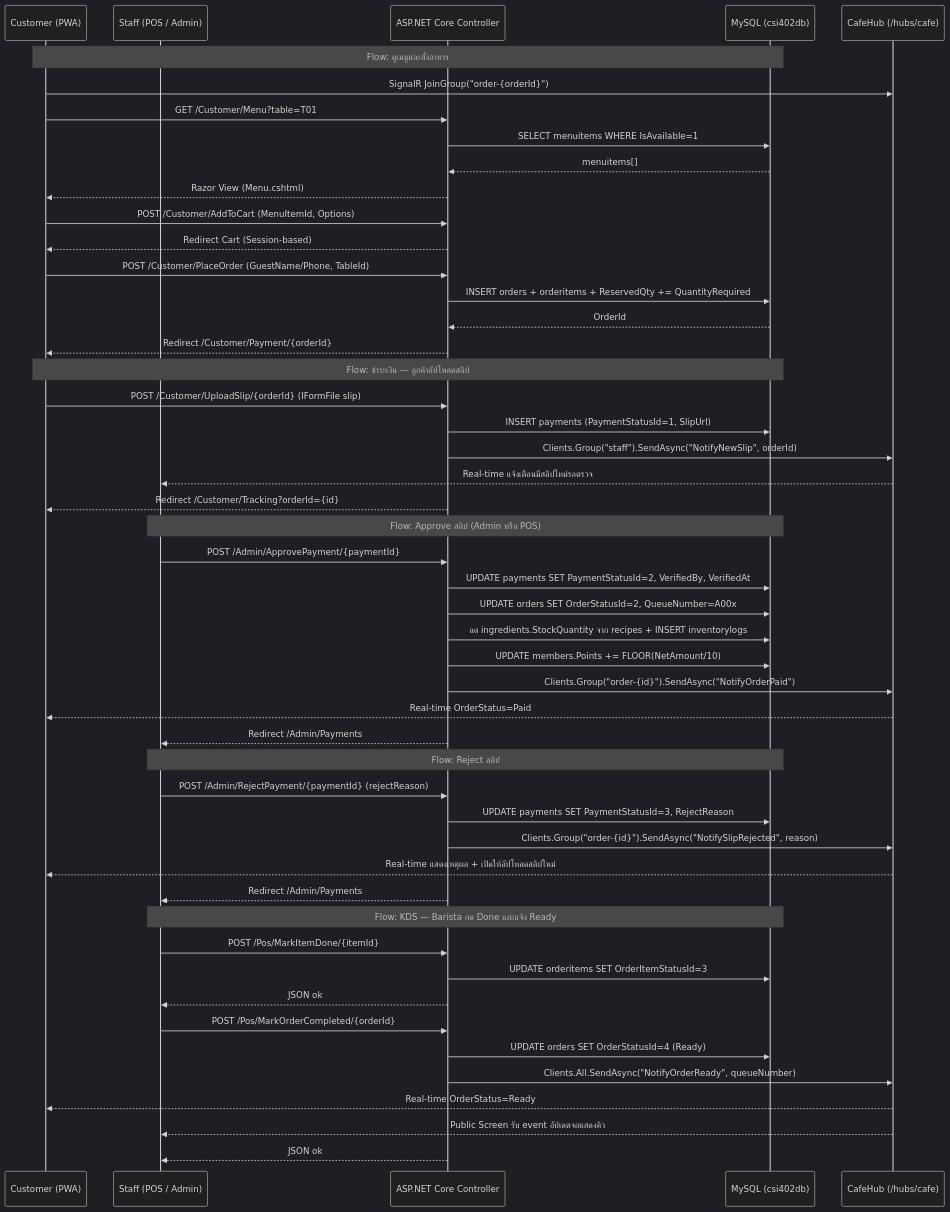
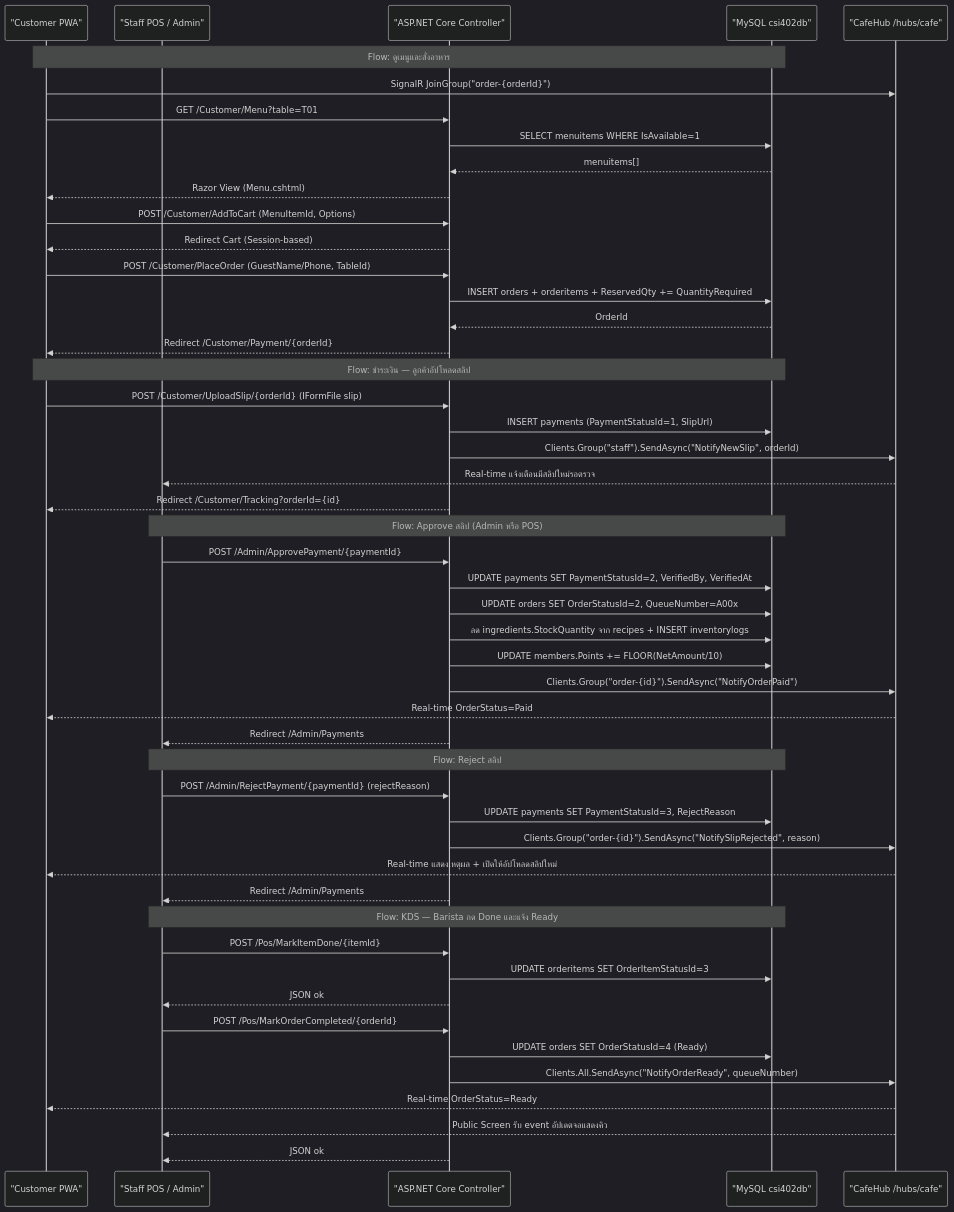
The fifth of 8 diagrams in README.md (InkSpuDek66/smart-cafe-management), drawn with Mermaid (dark theme) before and after one commit. The commit also changed other lines of this file, not shown here.

First line of the commit message:
Fix Mermaid diagram syntax and correct demo login credentials

````diff
--- a/README.md
+++ b/README.md
@@ -1147,59 +1151,59 @@
 ```mermaid
 sequenceDiagram
-    participant C as Customer (PWA)
-    participant POS as Staff (POS / Admin)
-    participant CTRL as ASP.NET Core Controller
-    participant DB as MySQL (csi402db)
-    participant HUB as CafeHub (/hubs/cafe)
+    participant C as "Customer PWA"
+    participant POS as "Staff POS / Admin"
+    participant CTRL as "ASP.NET Core Controller"
+    participant DB as "MySQL csi402db"
+    participant HUB as "CafeHub /hubs/cafe"
 
     Note over C,DB: Flow: ดูเมนูและสั่งอาหาร
     C->>HUB: SignalR JoinGroup("order-{orderId}")
     C->>CTRL: GET /Customer/Menu?table=T01
     CTRL->>DB: SELECT menuitems WHERE IsAvailable=1
     DB-->>CTRL: menuitems[]
     CTRL-->>C: Razor View (Menu.cshtml)
 
     C->>CTRL: POST /Customer/AddToCart (MenuItemId, Options)
     CTRL-->>C: Redirect Cart (Session-based)
 
     C->>CTRL: POST /Customer/PlaceOrder (GuestName/Phone, TableId)
     CTRL->>DB: INSERT orders + orderitems + ReservedQty += QuantityRequired
     DB-->>CTRL: OrderId
     CTRL-->>C: Redirect /Customer/Payment/{orderId}
 
     Note over C,DB: Flow: ชำระเงิน — ลูกค้าอัปโหลดสลิป
     C->>CTRL: POST /Customer/UploadSlip/{orderId} (IFormFile slip)
     CTRL->>DB: INSERT payments (PaymentStatusId=1, SlipUrl)
     CTRL->>HUB: Clients.Group("staff").SendAsync("NotifyNewSlip", orderId)
     HUB-->>POS: Real-time แจ้งเตือนมีสลิปใหม่รอตรวจ
     CTRL-->>C: Redirect /Customer/Tracking?orderId={id}
 
     Note over POS,DB: Flow: Approve สลิป (Admin หรือ POS)
     POS->>CTRL: POST /Admin/ApprovePayment/{paymentId}
     CTRL->>DB: UPDATE payments SET PaymentStatusId=2, VerifiedBy, VerifiedAt
     CTRL->>DB: UPDATE orders SET OrderStatusId=2, QueueNumber=A00x
     CTRL->>DB: ลด ingredients.StockQuantity จาก recipes + INSERT inventorylogs
     CTRL->>DB: UPDATE members.Points += FLOOR(NetAmount/10)
     CTRL->>HUB: Clients.Group("order-{id}").SendAsync("NotifyOrderPaid")
     HUB-->>C: Real-time OrderStatus=Paid
     CTRL-->>POS: Redirect /Admin/Payments
 
     Note over POS,DB: Flow: Reject สลิป
     POS->>CTRL: POST /Admin/RejectPayment/{paymentId} (rejectReason)
     CTRL->>DB: UPDATE payments SET PaymentStatusId=3, RejectReason
     CTRL->>HUB: Clients.Group("order-{id}").SendAsync("NotifySlipRejected", reason)
     HUB-->>C: Real-time แสดงเหตุผล + เปิดให้อัปโหลดสลิปใหม่
     CTRL-->>POS: Redirect /Admin/Payments
 
     Note over POS,DB: Flow: KDS — Barista กด Done และแจ้ง Ready
     POS->>CTRL: POST /Pos/MarkItemDone/{itemId}
     CTRL->>DB: UPDATE orderitems SET OrderItemStatusId=3
     CTRL-->>POS: JSON ok
 
     POS->>CTRL: POST /Pos/MarkOrderCompleted/{orderId}
     CTRL->>DB: UPDATE orders SET OrderStatusId=4 (Ready)
     CTRL->>HUB: Clients.All.SendAsync("NotifyOrderReady", queueNumber)
     HUB-->>C: Real-time OrderStatus=Ready
     HUB-->>POS: Public Screen รับ event อัปเดตจอแสดงคิว
     CTRL-->>POS: JSON ok
 ```
````
